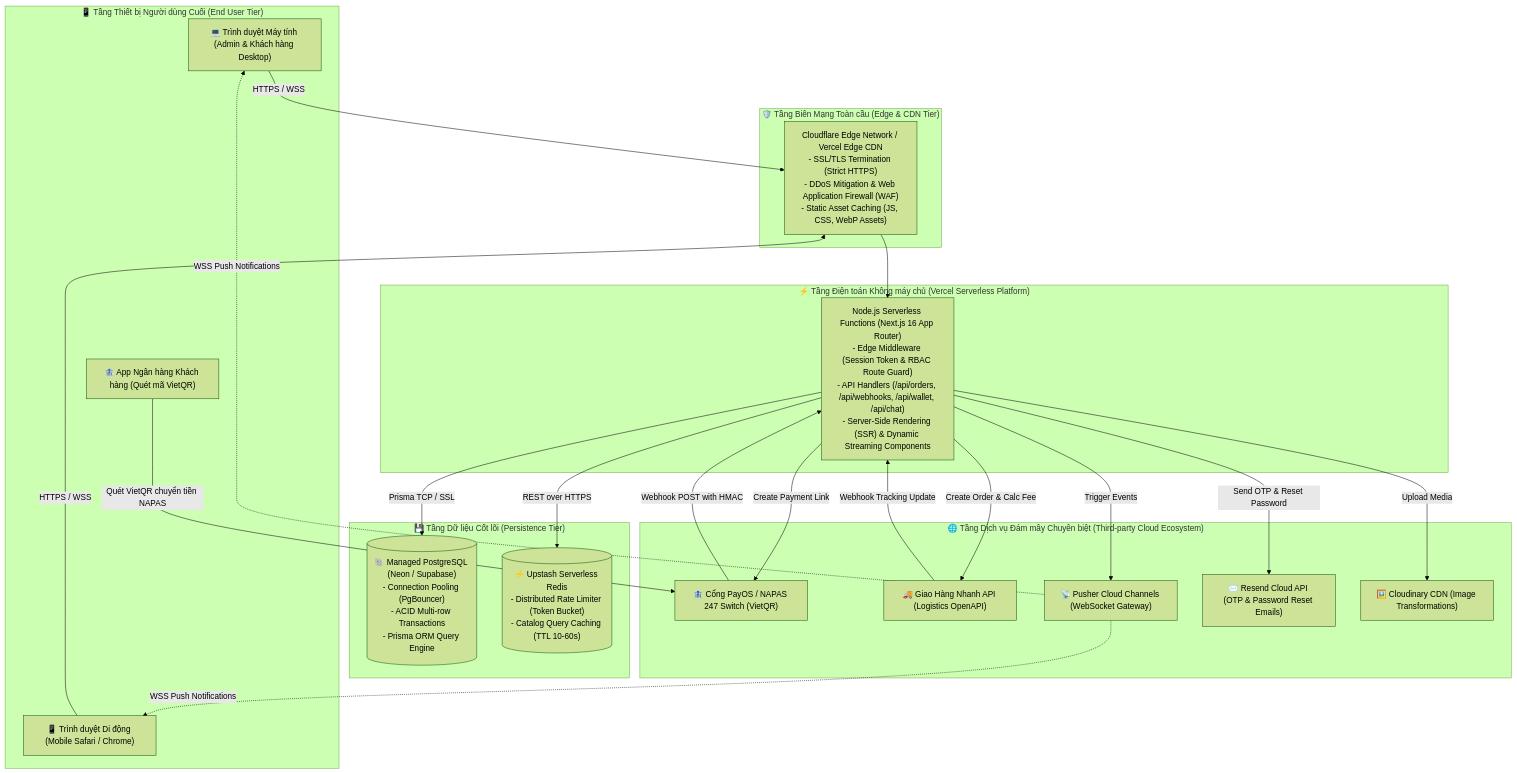
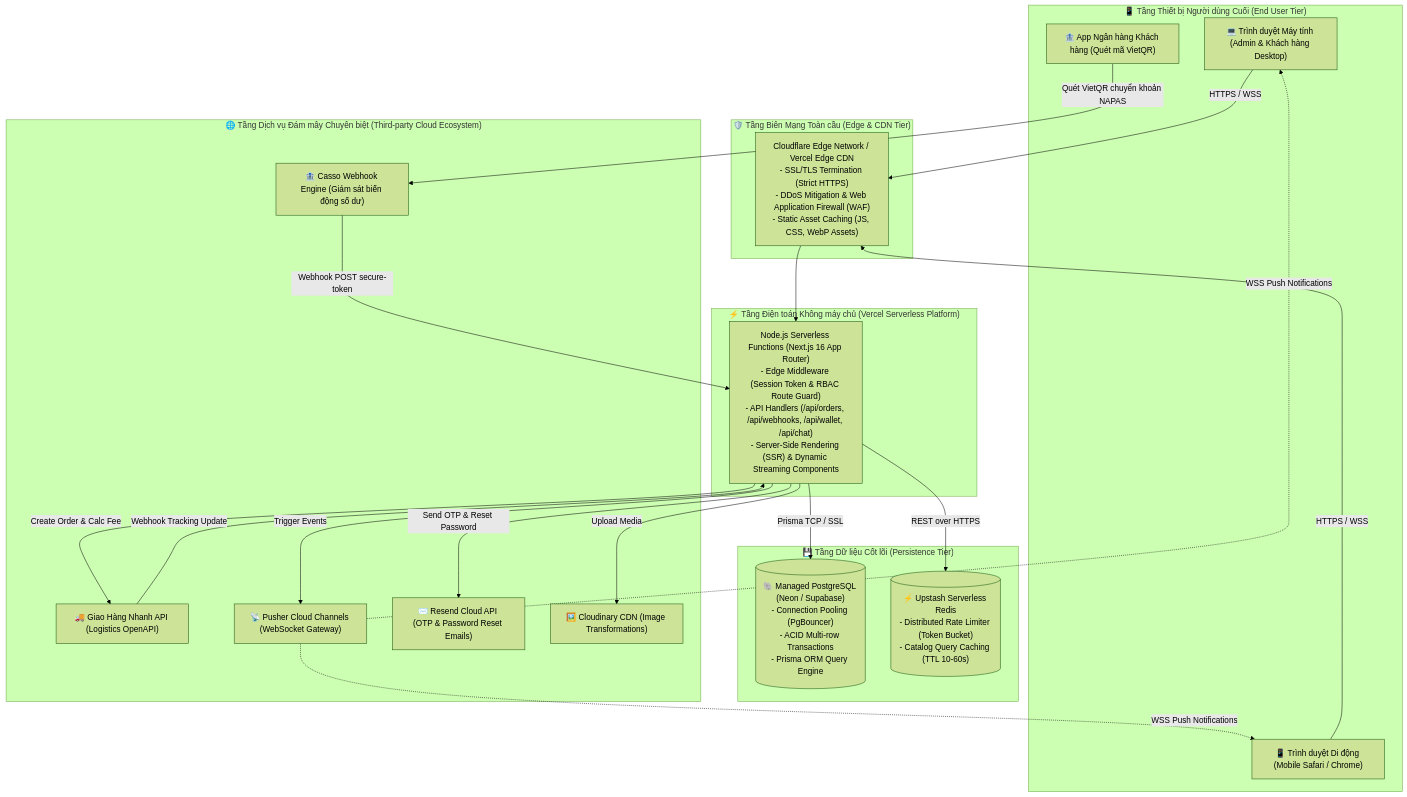
Before and after one commit to nhonhoa2007/shop-qr-payment: the diagram in docs/uml/diagrams/12-deployment-infrastructure.mmd, drawn with Mermaid (forest theme). The commit also changed 41 other files, not shown here.

```diff
--- a/docs/uml/diagrams/12-deployment-infrastructure.mmd
+++ b/docs/uml/diagrams/12-deployment-infrastructure.mmd
@@ -1,64 +1,63 @@
 flowchart TB
     %% Client Devices
     subgraph ClientTier ["📱 Tầng Thiết bị Người dùng Cuối (End User Tier)"]
         DesktopBrowser["💻 Trình duyệt Máy tính (Admin & Khách hàng Desktop)"]
         MobileBrowser["📱 Trình duyệt Di động (Mobile Safari / Chrome)"]
         BankAppDevice["🏦 App Ngân hàng Khách hàng (Quét mã VietQR)"]
     end
 
     %% Edge & Network
     subgraph EdgeTier ["🛡️ Tầng Biên Mạng Toàn cầu (Edge & CDN Tier)"]
         CloudflareEdge["Cloudflare Edge Network / Vercel Edge CDN
 - SSL/TLS Termination (Strict HTTPS)
 - DDoS Mitigation & Web Application Firewall (WAF)
 - Static Asset Caching (JS, CSS, WebP Assets)"]
     end
 
     %% Compute Tier
     subgraph ComputeTier ["⚡ Tầng Điện toán Không máy chủ (Vercel Serverless Platform)"]
         NodeRuntime["Node.js Serverless Functions (Next.js 16 App Router)
 - Edge Middleware (Session Token & RBAC Route Guard)
 - API Handlers (/api/orders, /api/webhooks, /api/wallet, /api/chat)
 - Server-Side Rendering (SSR) & Dynamic Streaming Components"]
     end
 
     %% Persistence Tier
     subgraph PersistenceTier ["💾 Tầng Dữ liệu Cốt lõi (Persistence Tier)"]
         PostgresInstance[("🐘 Managed PostgreSQL (Neon / Supabase)
 - Connection Pooling (PgBouncer)
 - ACID Multi-row Transactions
 - Prisma ORM Query Engine")]
         RedisInstance[("⚡ Upstash Serverless Redis
 - Distributed Rate Limiter (Token Bucket)
 - Catalog Query Caching (TTL 10-60s)")]
     end
 
     %% External SaaS Ecosystem
     subgraph ExternalSaaSTier ["🌐 Tầng Dịch vụ Đám mây Chuyên biệt (Third-party Cloud Ecosystem)"]
-        PayOSServer["🏦 Cổng PayOS / NAPAS 247 Switch (VietQR)"]
+        CassoServer["🏦 Casso Webhook Engine (Giám sát biến động số dư)"]
         GHNServer["🚚 Giao Hàng Nhanh API (Logistics OpenAPI)"]
         PusherServer["📡 Pusher Cloud Channels (WebSocket Gateway)"]
         ResendServer["✉️ Resend Cloud API (OTP & Password Reset Emails)"]
         CloudinaryServer["🖼️ Cloudinary CDN (Image Transformations)"]
     end
 
     %% Connections
     DesktopBrowser -->|HTTPS / WSS| CloudflareEdge
     MobileBrowser -->|HTTPS / WSS| CloudflareEdge
-    BankAppDevice -->|Quét VietQR chuyển tiền NAPAS| PayOSServer
+    BankAppDevice -->|Quét VietQR chuyển khoản NAPAS| CassoServer
 
     CloudflareEdge --> NodeRuntime
     NodeRuntime -->|Prisma TCP / SSL| PostgresInstance
     NodeRuntime -->|REST over HTTPS| RedisInstance
     NodeRuntime -->|Trigger Events| PusherServer
     PusherServer -.->|WSS Push Notifications| DesktopBrowser
     PusherServer -.->|WSS Push Notifications| MobileBrowser
 
-    NodeRuntime -->|Create Payment Link| PayOSServer
-    PayOSServer -->|Webhook POST with HMAC| NodeRuntime
+    CassoServer -->|Webhook POST secure-token| NodeRuntime
 
     NodeRuntime -->|Create Order & Calc Fee| GHNServer
     GHNServer -->|Webhook Tracking Update| NodeRuntime
 
     NodeRuntime -->|Send OTP & Reset Password| ResendServer
     NodeRuntime -->|Upload Media| CloudinaryServer
```
